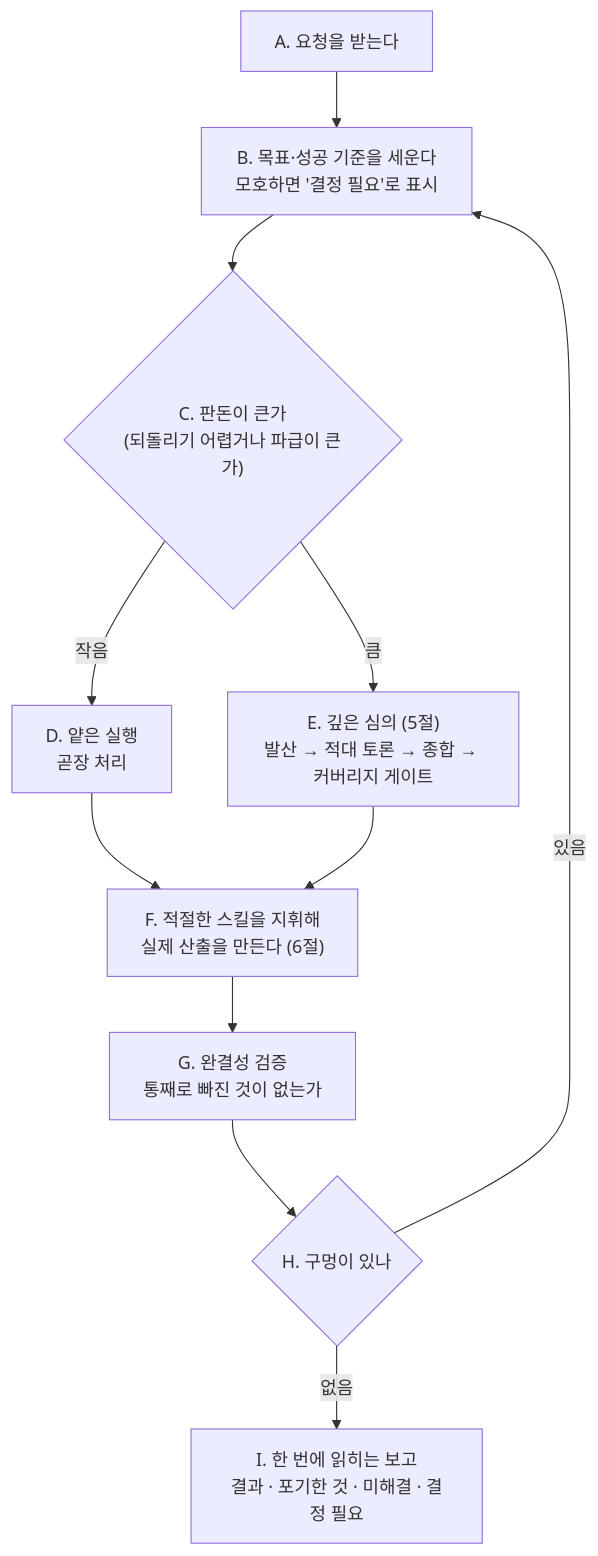
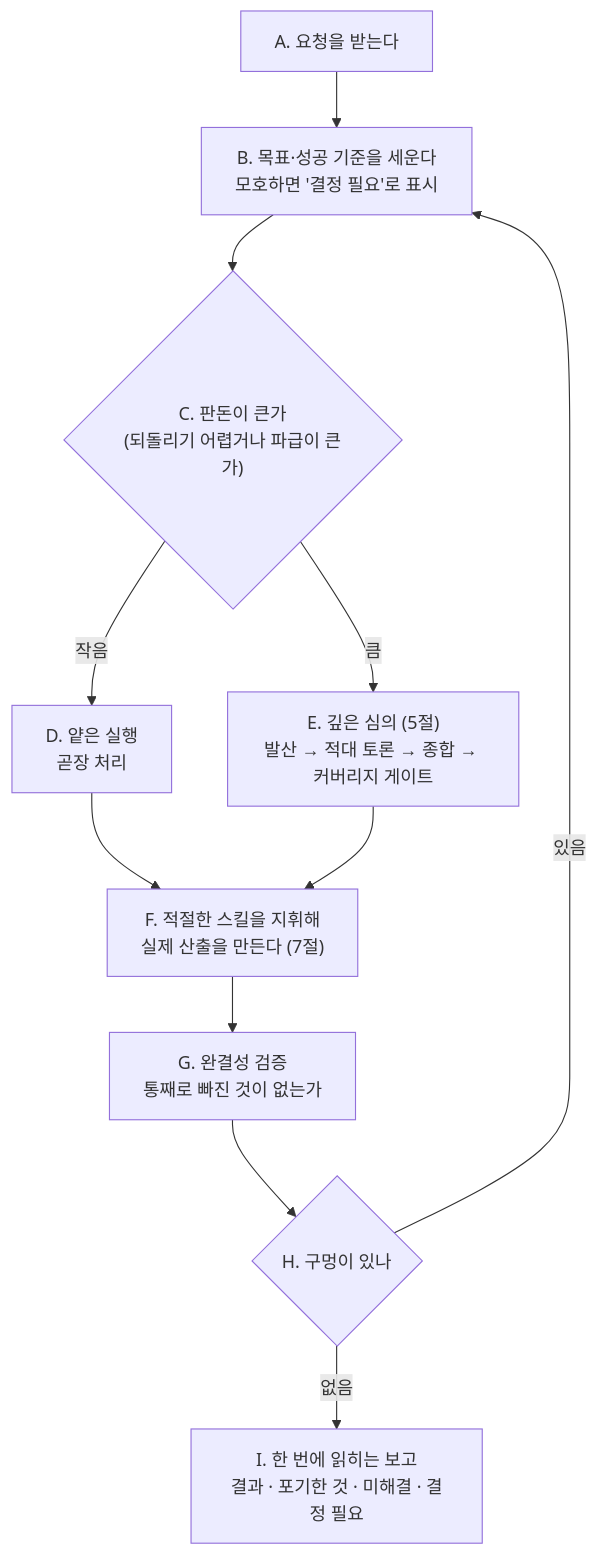
Before and after one commit to GeonwooKim-fitogether/Template-repository: the diagram in .claude/agents/kimpm.md, drawn with Mermaid. The commit also changed other lines of this file and 1 other file, not shown here.

````diff
--- a/.claude/agents/kimpm.md
+++ b/.claude/agents/kimpm.md
@@ -45,19 +46,19 @@
 ```mermaid
 flowchart TD
     A["A. 요청을 받는다"]
     B["B. 목표·성공 기준을 세운다<br/>모호하면 '결정 필요'로 표시"]
     C{"C. 판돈이 큰가<br/>(되돌리기 어렵거나 파급이 큰가)"}
     D["D. 얕은 실행<br/>곧장 처리"]
     E["E. 깊은 심의 (5절)<br/>발산 → 적대 토론 → 종합 → 커버리지 게이트"]
-    F["F. 적절한 스킬을 지휘해<br/>실제 산출을 만든다 (6절)"]
+    F["F. 적절한 스킬을 지휘해<br/>실제 산출을 만든다 (7절)"]
     G["G. 완결성 검증<br/>통째로 빠진 것이 없는가"]
     H{"H. 구멍이 있나"}
     I["I. 한 번에 읽히는 보고<br/>결과 · 포기한 것 · 미해결 · 결정 필요"]
 
     A --> B --> C
     C -->|"작음"| D --> F
     C -->|"큼"| E --> F
     F --> G --> H
     H -->|"있음"| B
     H -->|"없음"| I
 ```
````
